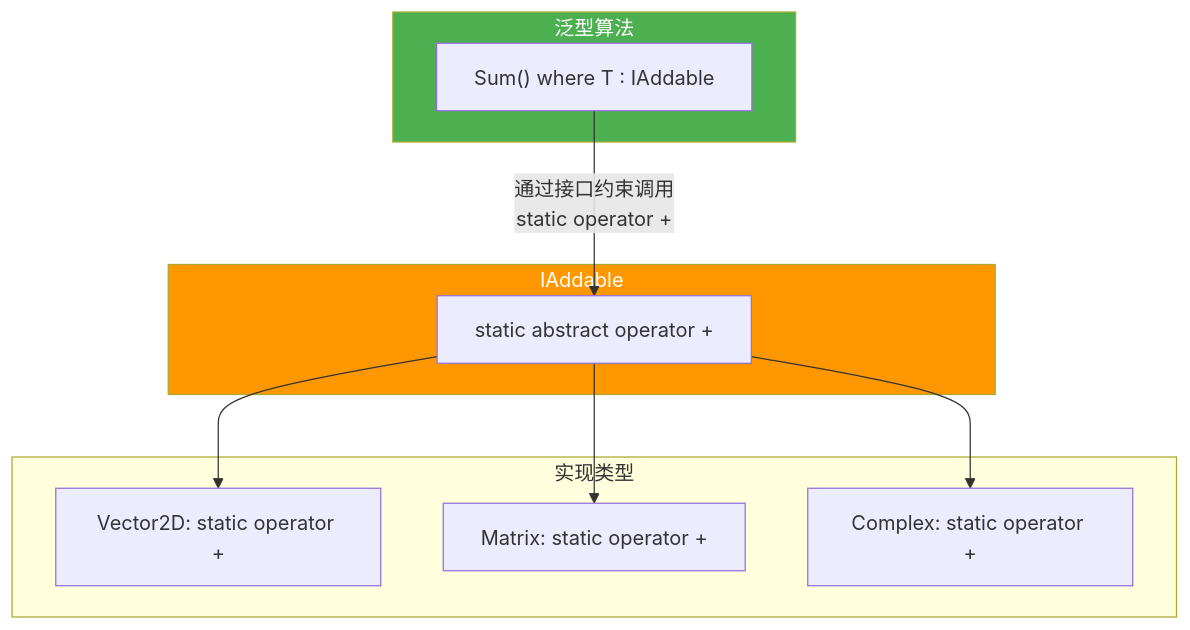
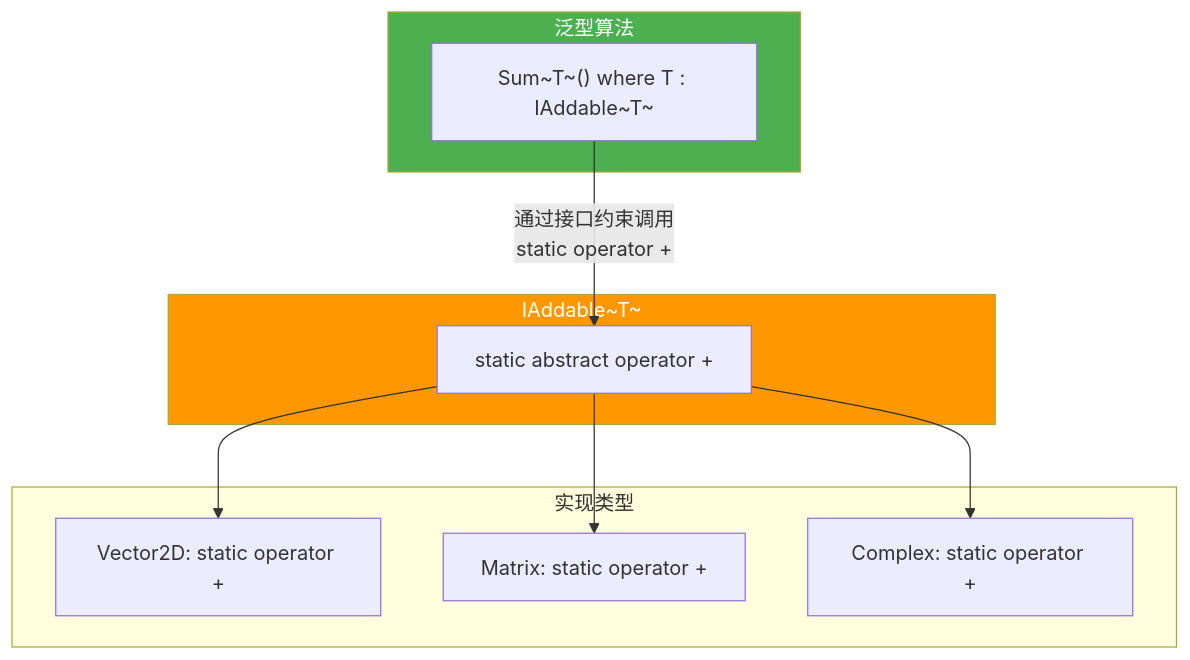
Diagram 11 of 14 in src/后端开发/CSharp/CLR深度/04_接口与泛型原理/01_接口映射与多态实现.md (moklgydocs/moklgydocs.github.io), drawn with Mermaid before and after one commit. The commit also changed other lines of this file and 32 other files, not shown here.

````diff
--- a/src/后端开发/CSharp/CLR深度/04_接口与泛型原理/01_接口映射与多态实现.md
+++ b/src/后端开发/CSharp/CLR深度/04_接口与泛型原理/01_接口映射与多态实现.md
@@ -751,22 +753,22 @@
 ```mermaid
 flowchart TB
-    subgraph Interface["IAddable<T>"]
+    subgraph Interface["IAddable~T~"]
         SA["static abstract operator +"]
     end
 
     subgraph Structs["实现类型"]
         V["Vector2D: static operator +"]
         M["Matrix: static operator +"]
         C["Complex: static operator +"]
     end
 
     subgraph Generic["泛型算法"]
-        G["Sum<T>() where T : IAddable<T>"]
+        G["Sum~T~() where T : IAddable~T~"]
     end
 
     SA --> V & M & C
     G -->|"通过接口约束调用<br/>static operator +"| SA
 
     style Interface fill:#FF9800,color:#fff
     style Generic fill:#4CAF50,color:#fff
 ```
````
